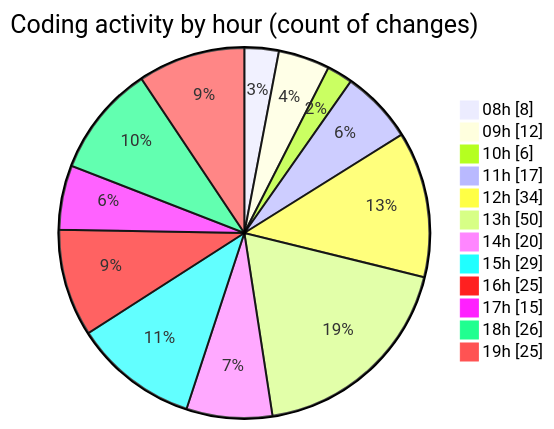
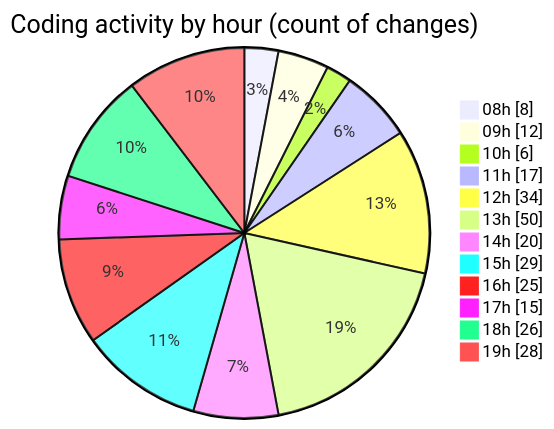
Before and after one commit to momahboobian/code-tracking: the second of 2 diagrams in 2025-09-15/cda/README.md, drawn with Mermaid. The commit also changed other lines of this file and 1 other file, not shown here.

````diff
--- a/2025-09-15/cda/README.md
+++ b/2025-09-15/cda/README.md
@@ -37,16 +37,16 @@
 ```mermaid
 pie showData
 title Coding activity by hour (count of changes)
 "08h" : 8
 "09h" : 12
 "10h" : 6
 "11h" : 17
 "12h" : 34
 "13h" : 50
 "14h" : 20
 "15h" : 29
 "16h" : 25
 "17h" : 15
 "18h" : 26
-"19h" : 25
+"19h" : 28
 ```
````
